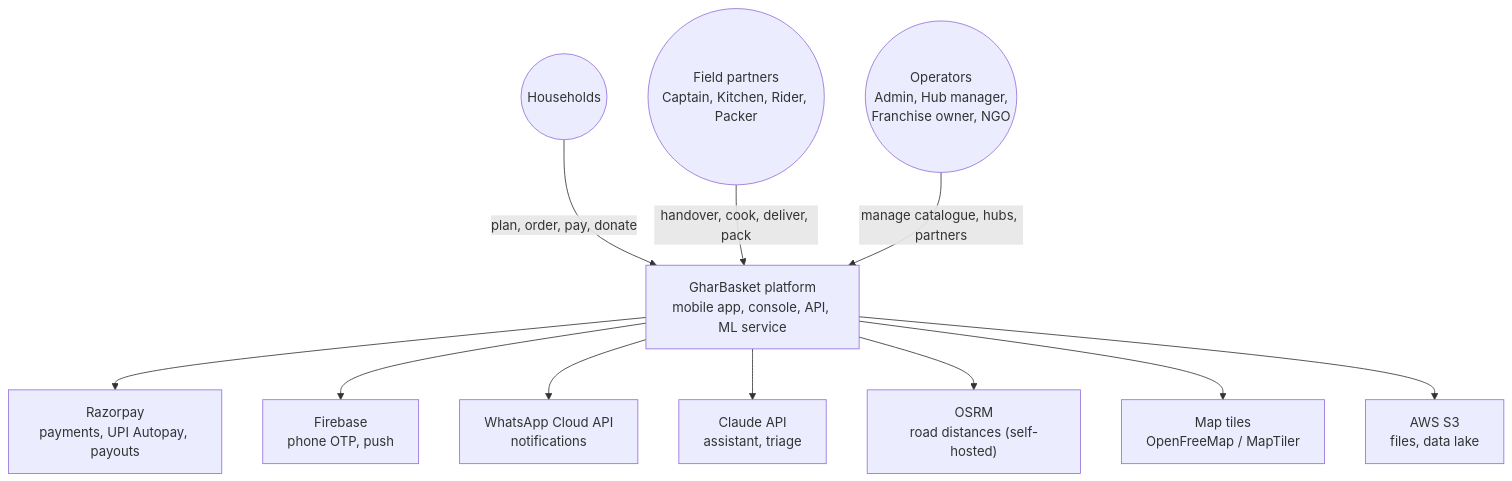
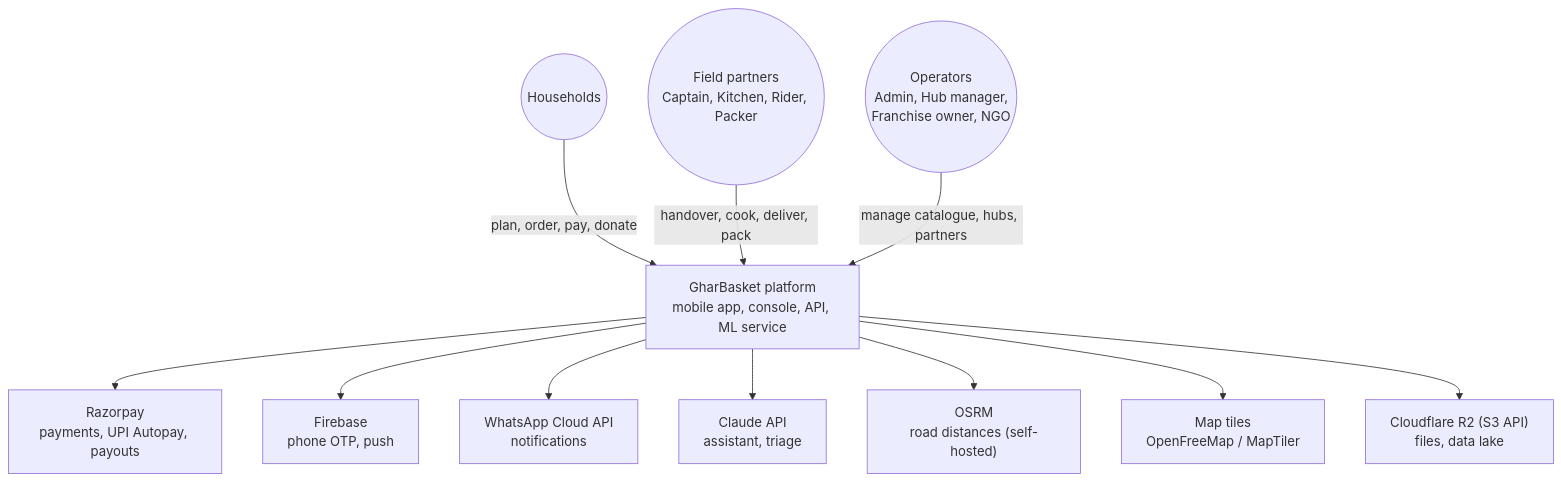
One commit to prelekar7/GharBasket changed the first of 5 diagrams in docs/handbook/04-system-architecture.md. Above: the diagram before and after it, drawn with Mermaid. The commit also changed other lines of this file and 58 other files, not shown here.

````diff
--- a/docs/handbook/04-system-architecture.md
+++ b/docs/handbook/04-system-architecture.md
@@ -24,24 +24,24 @@
 ```mermaid
 flowchart TB
   HH(("Households"))
   FP(("Field partners<br/>Captain, Kitchen, Rider, Packer"))
   OP(("Operators<br/>Admin, Hub manager,<br/>Franchise owner, NGO"))
   GB["GharBasket platform<br/>mobile app, console, API, ML service"]
   RZ["Razorpay<br/>payments, UPI Autopay, payouts"]
   FB["Firebase<br/>phone OTP, push"]
   WA["WhatsApp Cloud API<br/>notifications"]
   CL["Claude API<br/>assistant, triage"]
   OS["OSRM<br/>road distances (self-hosted)"]
   MT["Map tiles<br/>OpenFreeMap / MapTiler"]
-  S3["AWS S3<br/>files, data lake"]
+  R2["Cloudflare R2 (S3 API)<br/>files, data lake"]
   HH -->|"plan, order, pay, donate"| GB
   FP -->|"handover, cook, deliver, pack"| GB
   OP -->|"manage catalogue, hubs, partners"| GB
   GB --> RZ
   GB --> FB
   GB --> WA
   GB --> CL
   GB --> OS
   GB --> MT
-  GB --> S3
+  GB --> R2
 ```
````
